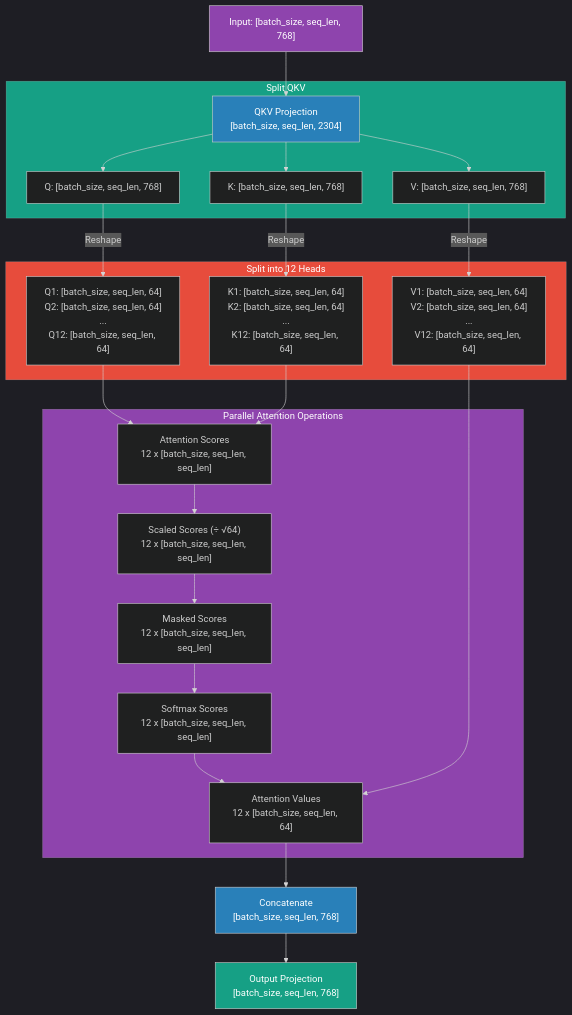
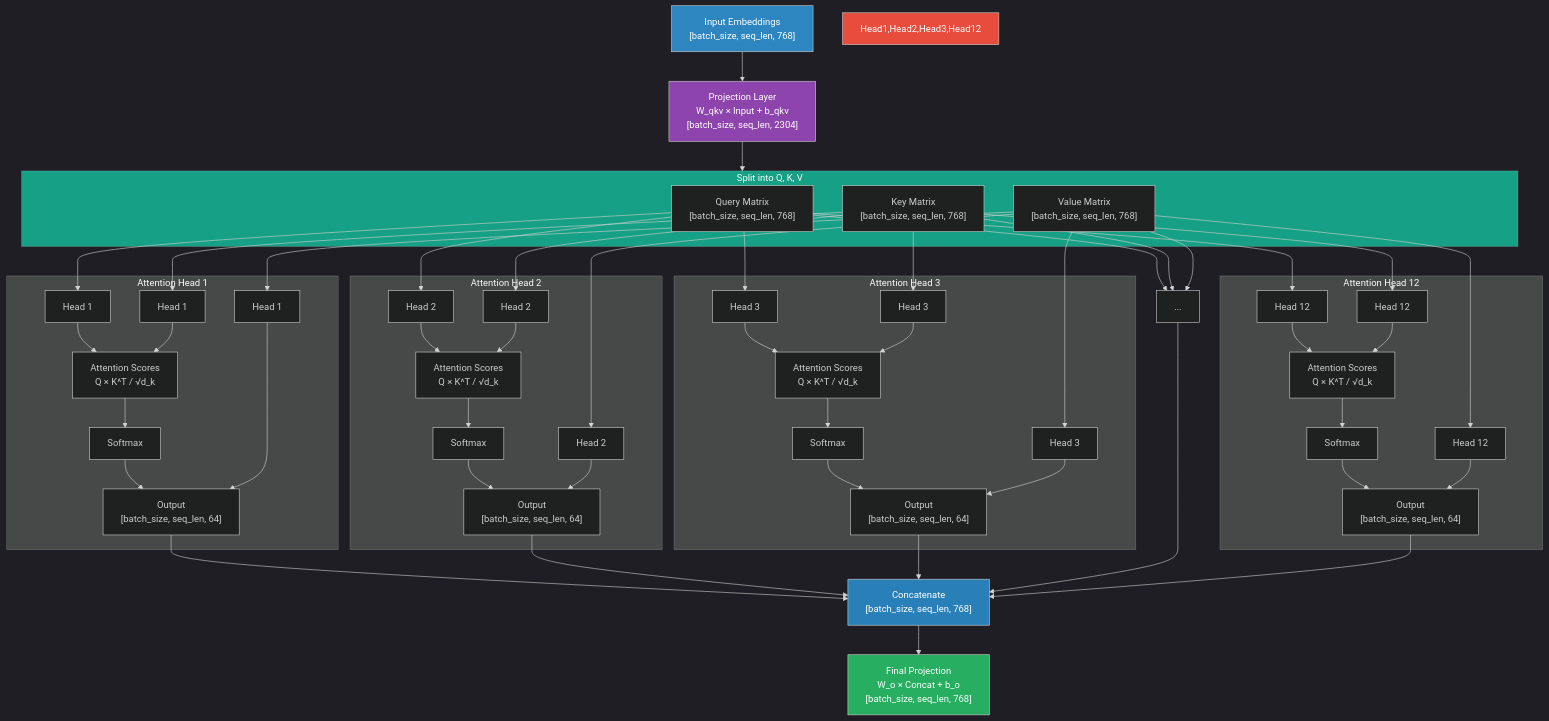
The diagram in Self-Attention.md (sidharth72/GPT-124M-CPP), drawn with Mermaid before and after one commit. The commit also changed 12 other files, not shown here.

````diff
--- a/Self-Attention.md
+++ b/Self-Attention.md
@@ -1,36 +1,85 @@
 ```mermaid
 %%{init: {'theme': 'dark'}}%%
 flowchart TD
-    Input["Input: [batch_size, seq_len, 768]"] --> QKV["QKV Projection<br>[batch_size, seq_len, 2304]"]
-    
-    subgraph SplitQKV["Split QKV"]
-        QKV --> Q["Q: [batch_size, seq_len, 768]"]
-        QKV --> K["K: [batch_size, seq_len, 768]"]
-        QKV --> V["V: [batch_size, seq_len, 768]"]
+    Input["Input Embeddings
+    [batch_size, seq_len, 768]"] --> ProjectionLayer
+
+    ProjectionLayer["Projection Layer
+    W_qkv × Input + b_qkv
+    [batch_size, seq_len, 2304]"] --> QKVSplit
+
+    subgraph QKVSplit["Split into Q, K, V"]
+        Q["Query Matrix
+        [batch_size, seq_len, 768]"]
+        K["Key Matrix
+        [batch_size, seq_len, 768]"]
+        V["Value Matrix
+        [batch_size, seq_len, 768]"]
     end
 
-    subgraph HeadSplit["Split into 12 Heads"]
-        Q --> |"Reshape"| QHeads["Q1: [batch_size, seq_len, 64]<br>Q2: [batch_size, seq_len, 64]<br>...<br>Q12: [batch_size, seq_len, 64]"]
-        K --> |"Reshape"| KHeads["K1: [batch_size, seq_len, 64]<br>K2: [batch_size, seq_len, 64]<br>...<br>K12: [batch_size, seq_len, 64]"]
-        V --> |"Reshape"| VHeads["V1: [batch_size, seq_len, 64]<br>V2: [batch_size, seq_len, 64]<br>...<br>V12: [batch_size, seq_len, 64]"]
+    Q --> Head1Q["Head 1"]
+    K --> Head1K["Head 1"]
+    V --> Head1V["Head 1"]
+    
+    Q --> Head2Q["Head 2"]
+    K --> Head2K["Head 2"]
+    V --> Head2V["Head 2"]
+    
+    Q --> Head3Q["Head 3"]
+    K --> Head3K["Head 3"]
+    V --> Head3V["Head 3"]
+    
+    Q --> Dots["..."]
+    K --> Dots
+    V --> Dots
+    
+    Q --> Head12Q["Head 12"]
+    K --> Head12K["Head 12"]
+    V --> Head12V["Head 12"]
+
+    subgraph Head1["Attention Head 1"]
+        Head1Q & Head1K --> Score1["Attention Scores
+        Q × K^T / √d_k"]
+        Score1 --> Softmax1["Softmax"]
+        Softmax1 & Head1V --> AttOut1["Output
+        [batch_size, seq_len, 64]"]
     end
 
-    subgraph AttentionOps["Parallel Attention Operations"]
-        QHeads & KHeads --> Scores["Attention Scores<br>12 x [batch_size, seq_len, seq_len]"]
-        Scores --> ScaledScores["Scaled Scores (÷ √64)<br>12 x [batch_size, seq_len, seq_len]"]
-        ScaledScores --> MaskedScores["Masked Scores<br>12 x [batch_size, seq_len, seq_len]"]
-        MaskedScores --> SoftmaxScores["Softmax Scores<br>12 x [batch_size, seq_len, seq_len]"]
-        SoftmaxScores & VHeads --> AttValues["Attention Values<br>12 x [batch_size, seq_len, 64]"]
+    subgraph Head2["Attention Head 2"]
+        Head2Q & Head2K --> Score2["Attention Scores
+        Q × K^T / √d_k"]
+        Score2 --> Softmax2["Softmax"]
+        Softmax2 & Head2V --> AttOut2["Output
+        [batch_size, seq_len, 64]"]
     end
 
-    AttValues --> Concat["Concatenate<br>[batch_size, seq_len, 768]"]
-    Concat --> OutProj["Output Projection<br>[batch_size, seq_len, 768]"]
+    subgraph Head3["Attention Head 3"]
+        Head3Q & Head3K --> Score3["Attention Scores
+        Q × K^T / √d_k"]
+        Score3 --> Softmax3["Softmax"]
+        Softmax3 & Head3V --> AttOut3["Output
+        [batch_size, seq_len, 64]"]
+    end
 
-    style Input fill:#8E44AD,color:#fff
-    style QKV fill:#2980B9,color:#fff
-    style SplitQKV fill:#16A085,color:#fff
-    style HeadSplit fill:#E74C3C,color:#fff
-    style AttentionOps fill:#8E44AD,color:#fff
+    subgraph Head12["Attention Head 12"]
+        Head12Q & Head12K --> Score12["Attention Scores
+        Q × K^T / √d_k"]
+        Score12 --> Softmax12["Softmax"]
+        Softmax12 & Head12V --> AttOut12["Output
+        [batch_size, seq_len, 64]"]
+    end
+
+    AttOut1 & AttOut2 & AttOut3 & Dots & AttOut12 --> Concat["Concatenate
+    [batch_size, seq_len, 768]"]
+    
+    Concat --> FinalProj["Final Projection
+    W_o × Concat + b_o
+    [batch_size, seq_len, 768]"]
+
+    style Input fill:#2E86C1,color:#fff
+    style ProjectionLayer fill:#8E44AD,color:#fff
+    style QKVSplit fill:#16A085,color:#fff
+    style Head1,Head2,Head3,Head12 fill:#E74C3C,color:#fff
     style Concat fill:#2980B9,color:#fff
-    style OutProj fill:#16A085,color:#fff
+    style FinalProj fill:#27AE60,color:#fff
 ```
````
